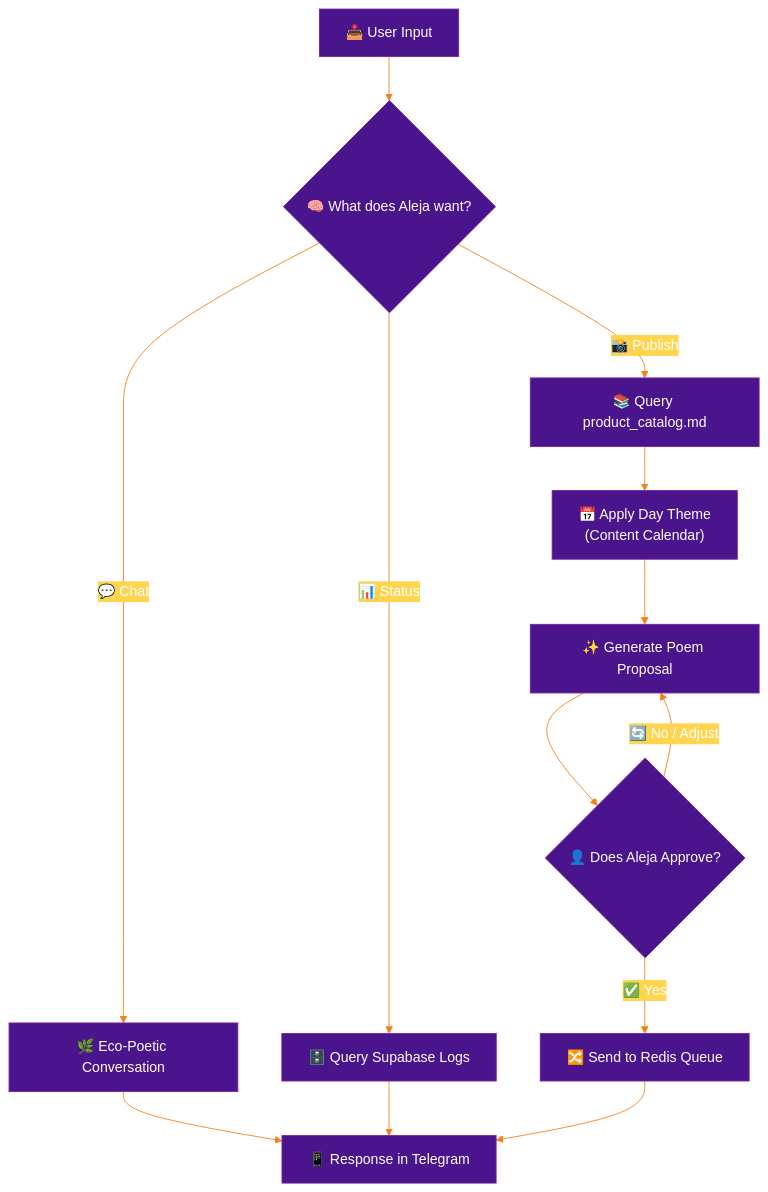
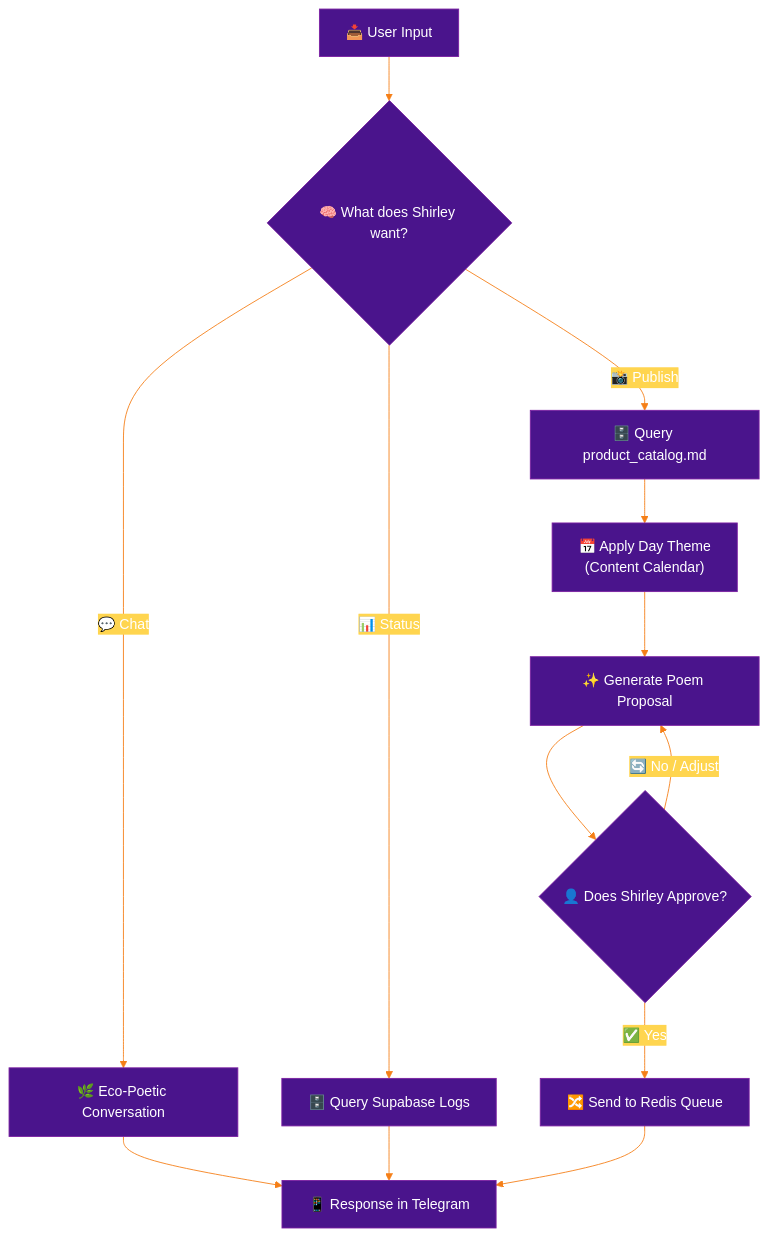
One commit to aleocampodev/LobsterMarketing changed the third of 3 diagrams in specs/architecture.md. Above: the diagram before and after it, drawn with Mermaid. The commit also changed other lines of this file and 30 other files, not shown here.

````diff
--- a/specs/architecture.md
+++ b/specs/architecture.md
@@ -139,31 +139,31 @@
 ```mermaid
 %%{init: {'theme': 'base', 'themeVariables': {
   'primaryColor': '#4A148C',
   'primaryTextColor': '#fff',
   'primaryBorderColor': '#7B1FA2',
   'lineColor': '#F57F17',
   'secondaryColor': '#FFD54F',
   'tertiaryColor': '#FFF8E1',
   'mainBkg': '#4A148C',
   'nodeBorder': '#7B1FA2',
   'clusterBkg': '#F3E5F5',
   'clusterBorder': '#CE93D8'
 }}}%%
 graph TD
-    In["📥 User Input"] --> Detect{"🧠 What does Aleja want?"}
+    In["📥 User Input"] --> Detect{"🧠 What does Shirley want?"}
 
     Detect -- "💬 Chat" --> Chat["🌿 Eco-Poetic Conversation"]
-    Detect -- "📸 Publish" --> RAG["📚 Query product_catalog.md"]
+    Detect -- "📸 Publish" --> DB["🗄️ Query product_catalog.md"]
     Detect -- "📊 Status" --> Stats["🗄️ Query Supabase Logs"]
 
-    RAG --> Template["📅 Apply Day Theme<br/>(Content Calendar)"]
+    DB --> Template["📅 Apply Day Theme<br/>(Content Calendar)"]
     Template --> Gen["✨ Generate Poem Proposal"]
-    Gen --> Approval{"👤 Does Aleja Approve?"}
+    Gen --> Approval{"👤 Does Shirley Approve?"}
 
     Approval -- "🔄 No / Adjust" --> Gen
     Approval -- "✅ Yes" --> Dispatch["🔀 Send to Redis Queue"]
 
     Chat --> Response["📱 Response in Telegram"]
     Stats --> Response
     Dispatch --> Response
 ```
````
